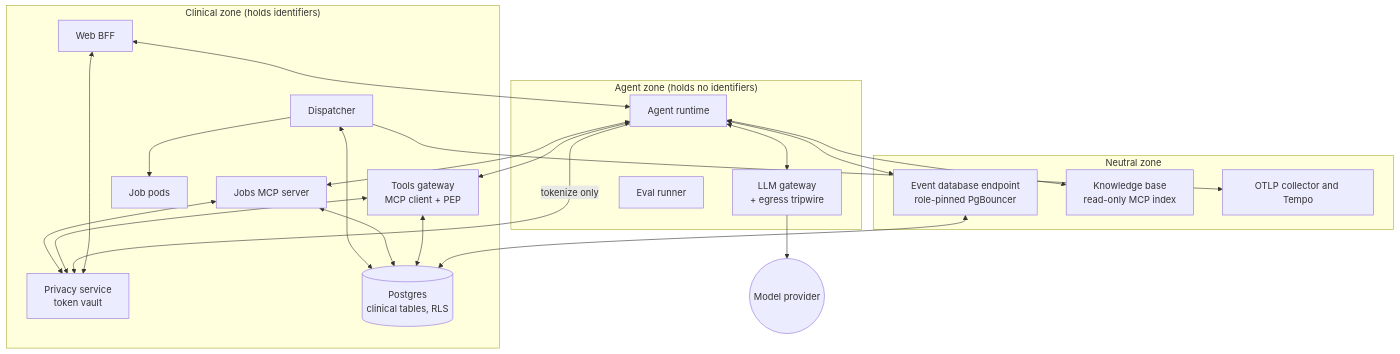
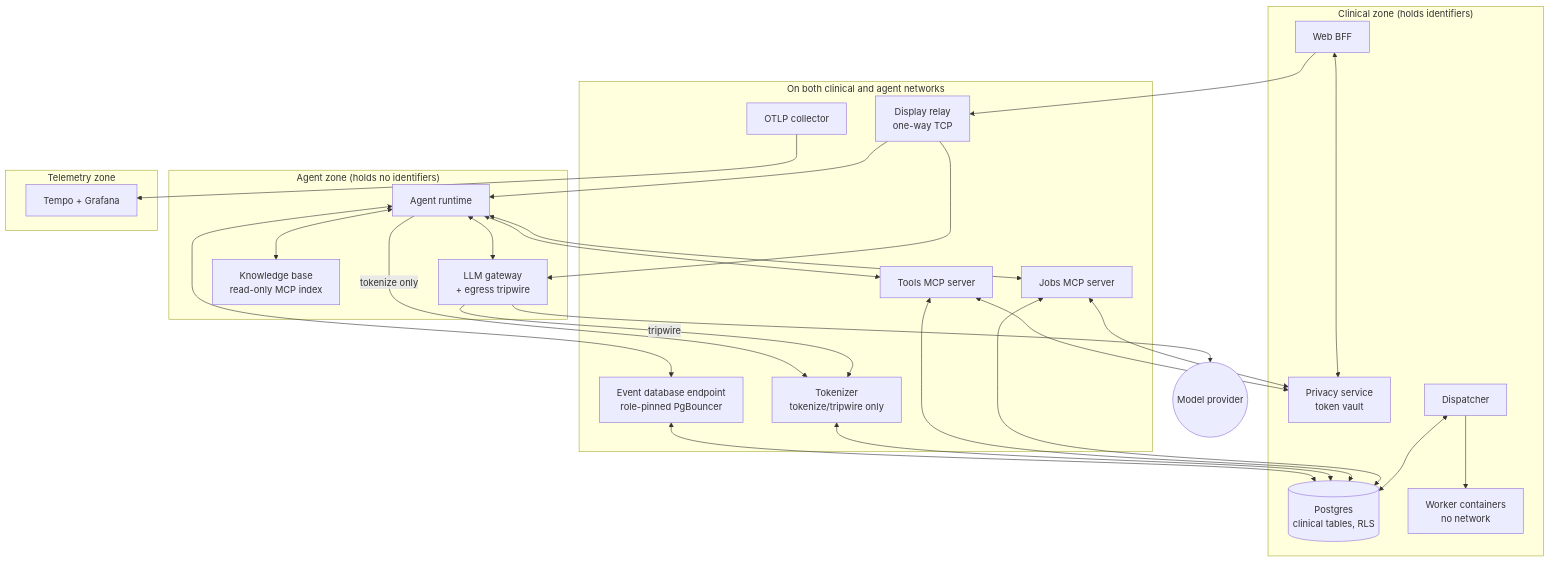
The second of 2 diagrams in docs/ARCHITECTURE.md (w9/zagent), drawn with Mermaid before and after one commit. The commit also changed other lines of this file and 57 other files, not shown here.

````diff
--- a/docs/ARCHITECTURE.md
+++ b/docs/ARCHITECTURE.md
@@ -211,40 +212,48 @@
 ```mermaid
 graph TB
     subgraph clinical["Clinical zone (holds identifiers)"]
         WEB[Web BFF]
         PRIV[Privacy service<br/>token vault]
-        TOOLS[Tools gateway<br/>MCP client + PEP]
         DB[(Postgres<br/>clinical tables, RLS)]
         DISP[Dispatcher]
-        JOBS[Job pods]
+        JOBS[Worker containers<br/>no network]
+    end
+    subgraph bridge["On both clinical and agent networks"]
+        TOOLS[Tools MCP server]
         JMCP[Jobs MCP server]
+        TOK[Tokenizer<br/>tokenize/tripwire only]
+        LOG[Event database endpoint<br/>role-pinned PgBouncer]
+        RELAY[Display relay<br/>one-way TCP]
+        OTEL[OTLP collector]
     end
     subgraph agent["Agent zone (holds no identifiers)"]
         RT[Agent runtime]
         LLM[LLM gateway<br/>+ egress tripwire]
-        EV[Eval runner]
+        KB[Knowledge base<br/>read-only MCP index]
     end
-      subgraph neutral["Neutral zone"]
-        LOG[Event database endpoint<br/>role-pinned PgBouncer]
-        KB[Knowledge base<br/>read-only MCP index]
-        OTEL[OTLP collector and Tempo]
-      end
+    subgraph telemetry["Telemetry zone"]
+        TEMPO[Tempo + Grafana]
+    end
     EXT((Model provider))
-    WEB <--> RT
+    WEB --> RELAY
+    RELAY --> RT
+    RELAY --> LLM
     WEB <--> PRIV
     RT <--> LLM
     RT <--> TOOLS
     RT <--> JMCP
     RT <--> LOG
     LOG <--> DB
     RT <--> KB
-    RT -->|tokenize only| PRIV
+    RT -->|tokenize only| TOK
+    LLM -->|tripwire| TOK
+    TOK <--> DB
     TOOLS <--> PRIV
     TOOLS <--> DB
     JMCP <--> PRIV
     JMCP <--> DB
     DISP --> JOBS
     DISP <--> DB
     LLM --> EXT
-    DISP --> OTEL
+    OTEL --> TEMPO
 ```
````
